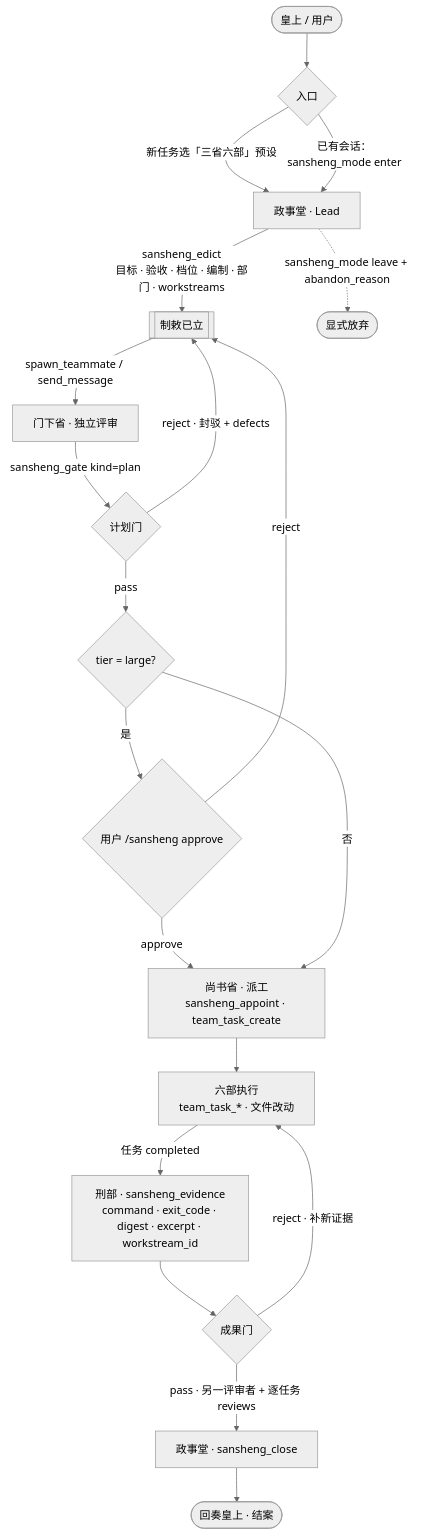
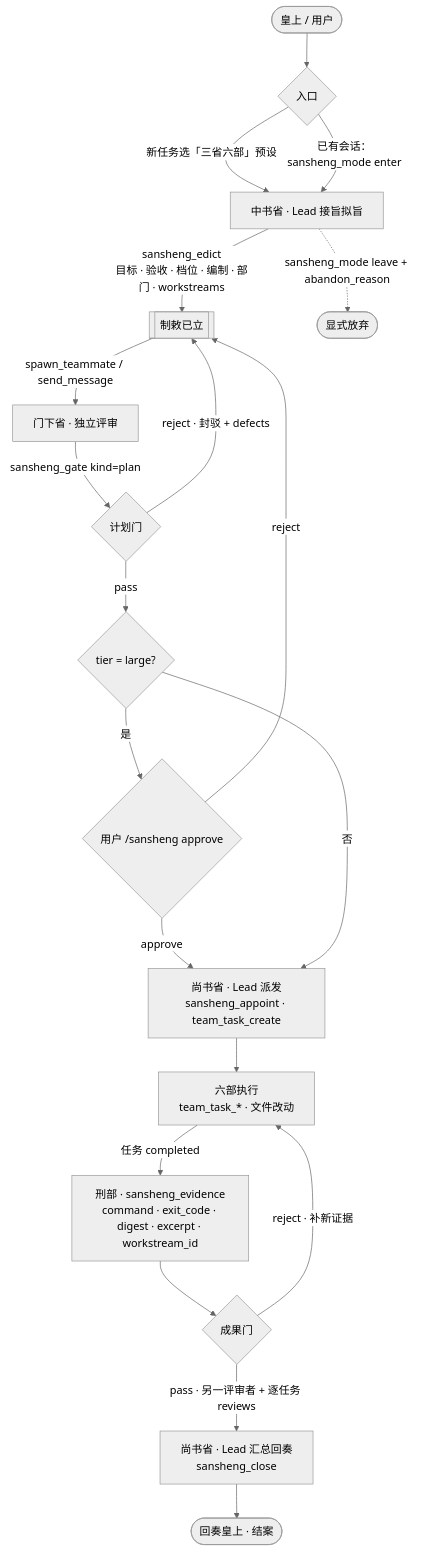
Before and after one commit to matcha-cult/dsh-experimental-sansheng: the diagram in README.md, drawn with Mermaid (neutral theme). The commit also changed other lines of this file and 10 other files, not shown here.

First line of the commit message:
docs: align 三省六部 roles with 中书省/门下省/尚书省 (0.4.4)

````diff
--- a/README.md
+++ b/README.md
@@ -118,22 +121,22 @@
 ```mermaid
 flowchart TD
     U(["皇上 / 用户"]) --> ENTRY{"入口"}
-    ENTRY -->|"新任务选「三省六部」预设"| LEAD["政事堂 · Lead"]
-    ENTRY -->|"已有会话：sansheng_mode enter"| LEAD
-    LEAD -->|"sansheng_edict<br/>目标 · 验收 · 档位 · 编制 · 部门 · workstreams"| EDICT[["制敕已立"]]
+    ENTRY -->|"新任务选「三省六部」预设"| ZS["中书省 · Lead 接旨拟旨"]
+    ENTRY -->|"已有会话：sansheng_mode enter"| ZS
+    ZS -->|"sansheng_edict<br/>目标 · 验收 · 档位 · 编制 · 部门 · workstreams"| EDICT[["制敕已立"]]
     EDICT -->|"spawn_teammate / send_message"| REVIEW["门下省 · 独立评审"]
     REVIEW -->|"sansheng_gate kind=plan"| PG{"计划门"}
     PG -->|"reject · 封驳 + defects"| EDICT
     PG -->|"pass"| LARGE{"tier = large?"}
     LARGE -->|"是"| HUMAN{"用户 /sansheng approve"}
     HUMAN -->|"reject"| EDICT
-    HUMAN -->|"approve"| DISPATCH["尚书省 · 派工<br/>sansheng_appoint · team_task_create"]
-    LARGE -->|"否"| DISPATCH
-    DISPATCH --> EXEC["六部执行<br/>team_task_* · 文件改动"]
+    HUMAN -->|"approve"| SS["尚书省 · Lead 派发<br/>sansheng_appoint · team_task_create"]
+    LARGE -->|"否"| SS
+    SS --> EXEC["六部执行<br/>team_task_* · 文件改动"]
     EXEC -->|"任务 completed"| EVID["刑部 · sansheng_evidence<br/>command · exit_code · digest · excerpt · workstream_id"]
     EVID --> RG{"成果门"}
     RG -->|"reject · 补新证据"| EXEC
-    RG -->|"pass · 另一评审者 + 逐任务 reviews"| CLOSE["政事堂 · sansheng_close"]
+    RG -->|"pass · 另一评审者 + 逐任务 reviews"| CLOSE["尚书省 · Lead 汇总回奏<br/>sansheng_close"]
     CLOSE --> DONE(["回奏皇上 · 结案"])
-    LEAD -.->|"sansheng_mode leave + abandon_reason"| ABANDON(["显式放弃"])
+    ZS -.->|"sansheng_mode leave + abandon_reason"| ABANDON(["显式放弃"])
 ```
````
